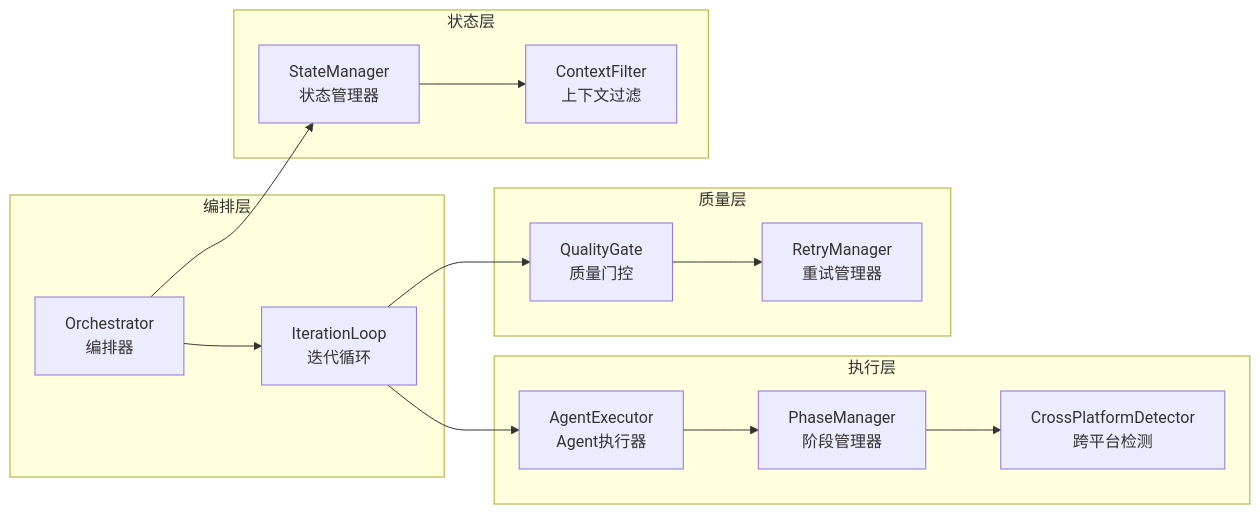
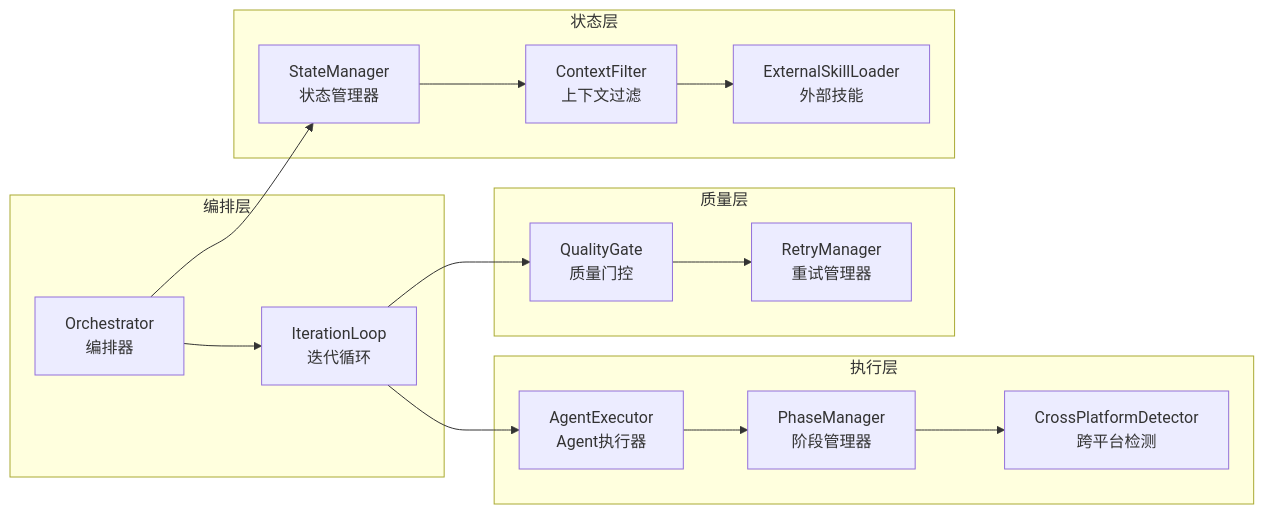
Before and after one commit to Taoidle/plan-cascade: the second of 13 diagrams in docs/System-Architecture_zh.md, drawn with Mermaid. The commit also changed other lines of this file and 29 other files, not shown here.

````diff
--- a/docs/System-Architecture_zh.md
+++ b/docs/System-Architecture_zh.md
@@ -76,32 +85,34 @@
 ```mermaid
 graph LR
     subgraph "编排层"
         O[Orchestrator<br/>编排器]
         IL[IterationLoop<br/>迭代循环]
     end
 
     subgraph "执行层"
         AE[AgentExecutor<br/>Agent执行器]
         PM[PhaseManager<br/>阶段管理器]
         CPD[CrossPlatformDetector<br/>跨平台检测]
     end
 
     subgraph "质量层"
         QG[QualityGate<br/>质量门控]
         RM[RetryManager<br/>重试管理器]
     end
 
     subgraph "状态层"
         SM[StateManager<br/>状态管理器]
         CF[ContextFilter<br/>上下文过滤]
+        ESL[ExternalSkillLoader<br/>外部技能]
     end
 
     O --> IL
     IL --> AE
     AE --> PM
     PM --> CPD
     IL --> QG
     QG --> RM
     O --> SM
     SM --> CF
+    CF --> ESL
 ```
````
